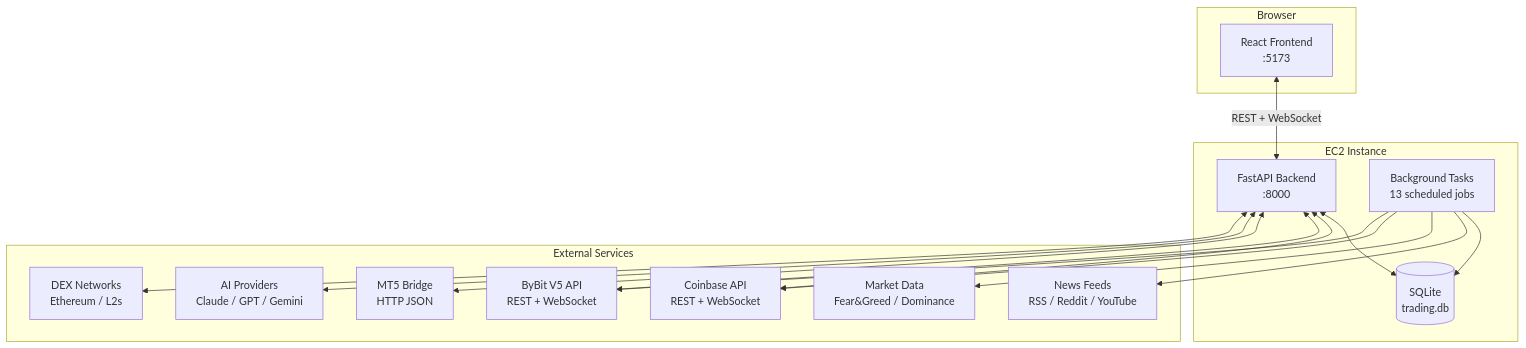
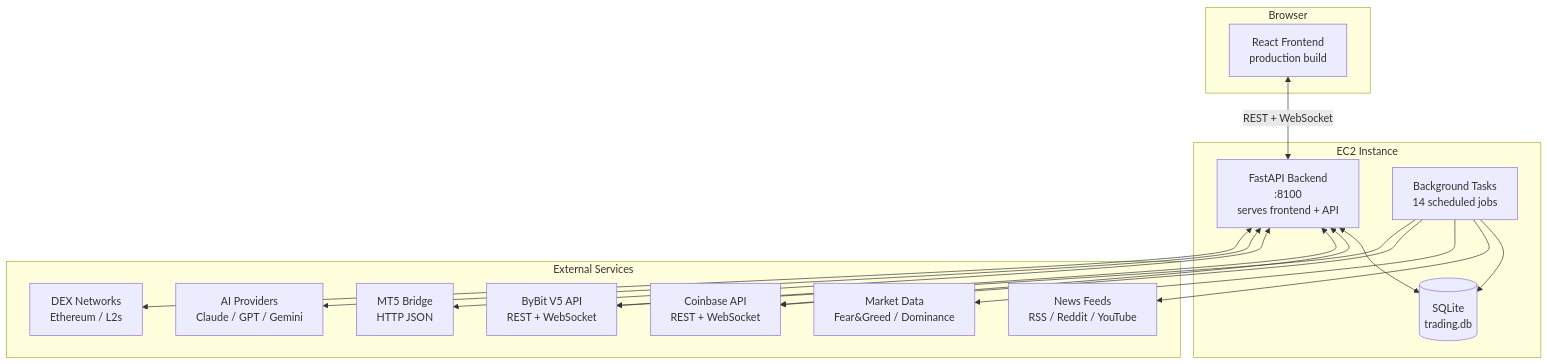
The first of 5 diagrams in docs/ARCHITECTURE.md (lromero74/ZenithGrid), drawn with Mermaid before and after one commit. The commit also changed other lines of this file and 15 other files, not shown here.

First line of the commit message:
v2.2.0: Production build, TTS resilience, article reader improvements

````diff
--- a/docs/ARCHITECTURE.md
+++ b/docs/ARCHITECTURE.md
@@ -27,35 +27,35 @@
 ```mermaid
 graph TB
     subgraph Browser
-        FE[React Frontend<br/>:5173]
+        FE[React Frontend<br/>production build]
     end
 
     subgraph "EC2 Instance"
-        BE[FastAPI Backend<br/>:8000]
+        BE[FastAPI Backend<br/>:8100<br/>serves frontend + API]
         DB[(SQLite<br/>trading.db)]
-        BG[Background Tasks<br/>13 scheduled jobs]
+        BG[Background Tasks<br/>14 scheduled jobs]
     end
 
     subgraph "External Services"
         CB[Coinbase API<br/>REST + WebSocket]
         BB[ByBit V5 API<br/>REST + WebSocket]
         MT5[MT5 Bridge<br/>HTTP JSON]
         AI[AI Providers<br/>Claude / GPT / Gemini]
         DEX[DEX Networks<br/>Ethereum / L2s]
         NEWS[News Feeds<br/>RSS / Reddit / YouTube]
         MKT[Market Data<br/>Fear&Greed / Dominance]
     end
 
     FE <-->|REST + WebSocket| BE
     BE <--> DB
     BG --> DB
     BE <--> CB
     BE <--> BB
     BE <--> MT5
     BE <--> AI
     BE <--> DEX
     BG --> NEWS
     BG --> MKT
     BG --> CB
     BG --> BB
 ```
````
